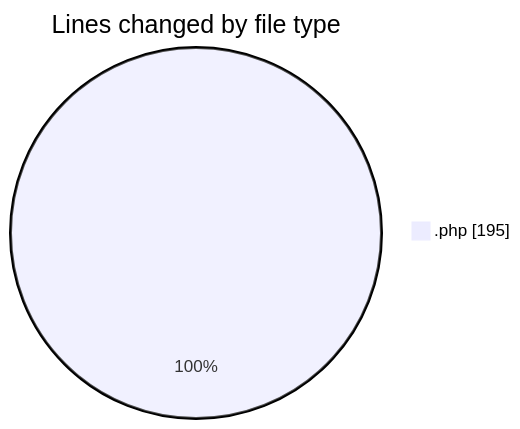
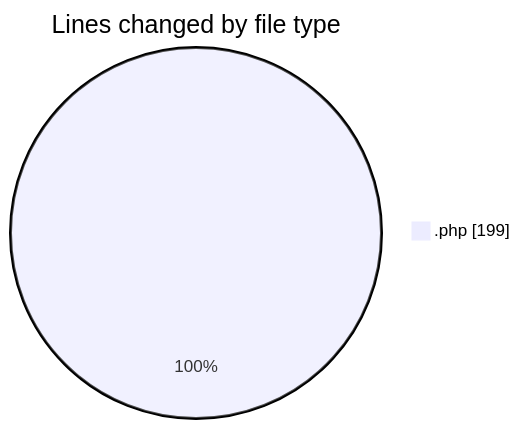
Before and after one commit to debugP/code-tracking: the first of 2 diagrams in 2025-10-08/untitled__workspace_/README.md, drawn with Mermaid. The commit also changed other lines of this file and 1 other file, not shown here.

````diff
--- a/2025-10-08/untitled__workspace_/README.md
+++ b/2025-10-08/untitled__workspace_/README.md
@@ -21,5 +21,5 @@
 ```mermaid
 pie showData
 title Lines changed by file type
-".php" : 195
+".php" : 199
 ```
````
